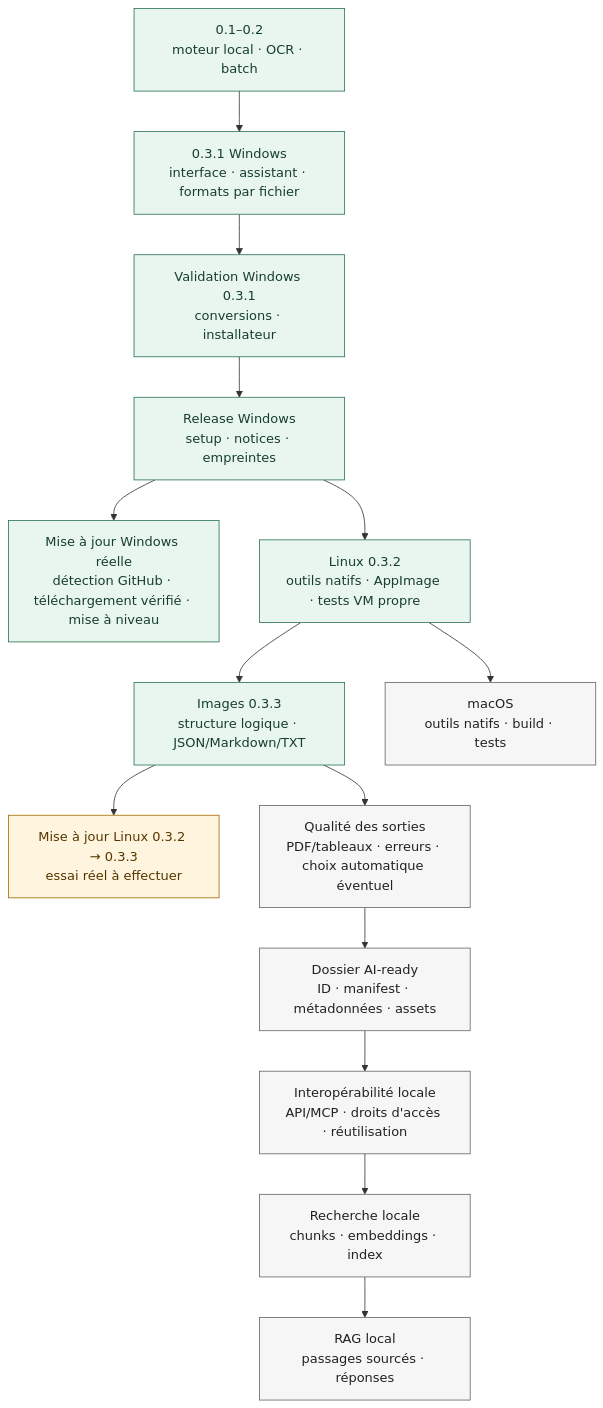
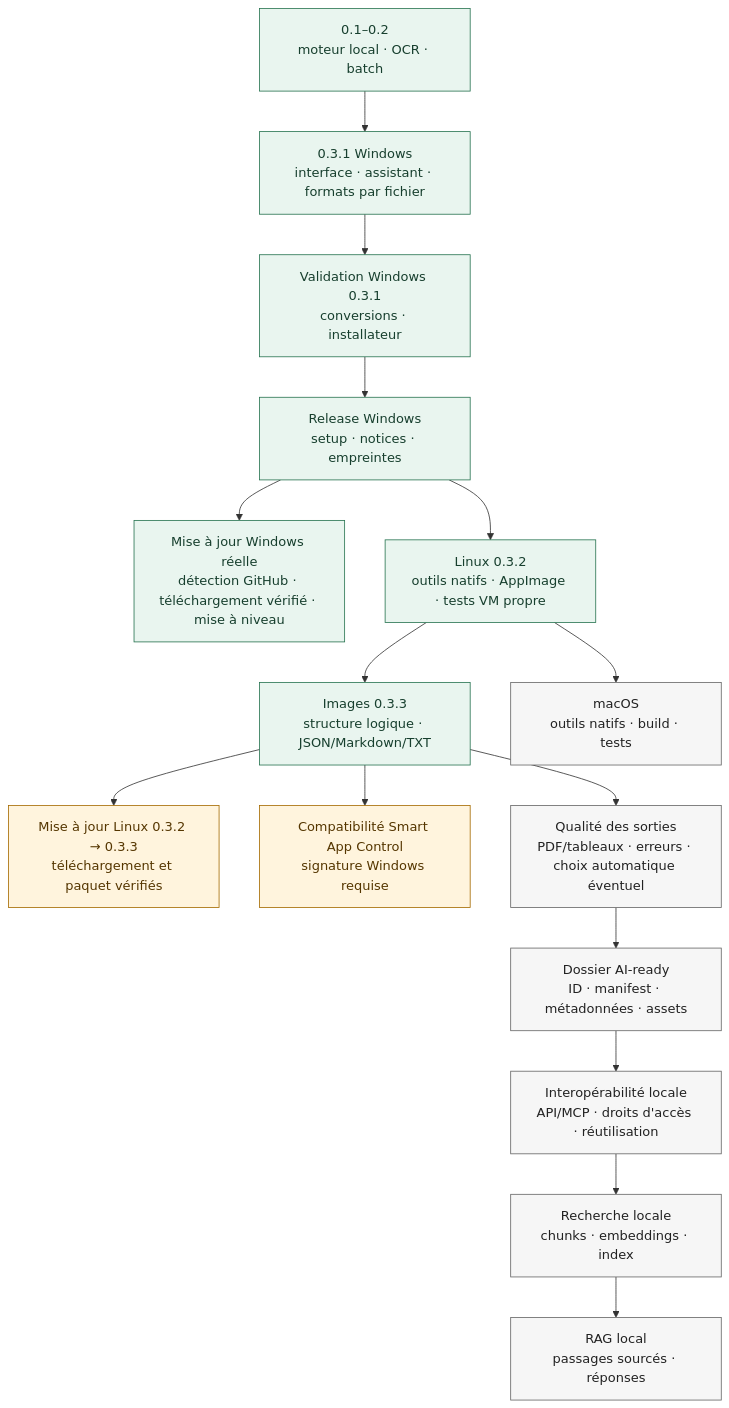
One commit to ergocogn/local-ai-ready-converter-releases changed the diagram in docs/ROADMAP.md. Above: the diagram before and after it, drawn with Mermaid. The commit also changed other lines of this file and 5 other files, not shown here.

````diff
--- a/docs/ROADMAP.md
+++ b/docs/ROADMAP.md
@@ -7,22 +7,23 @@
 ```mermaid
 flowchart TB
   A["0.1–0.2<br/>moteur local · OCR · batch"] --> B["0.3.1 Windows<br/>interface · assistant · formats par fichier"]
   B --> C["Validation Windows 0.3.1<br/>conversions · installateur"]
   C --> D["Release Windows<br/>setup · notices · empreintes"]
   D --> U["Mise à jour Windows réelle<br/>détection GitHub · téléchargement vérifié · mise à niveau"]
 
   D --> L["Linux 0.3.2<br/>outils natifs · AppImage · tests VM propre"] --> S["Images 0.3.3<br/>structure logique · JSON/Markdown/TXT"]
-  S --> UL["Mise à jour Linux 0.3.2 → 0.3.3<br/>essai réel à effectuer"]
+  S --> UL["Mise à jour Linux 0.3.2 → 0.3.3<br/>téléchargement et paquet vérifiés"]
+  S --> W["Compatibilité Smart App Control<br/>signature Windows requise"]
   L --> M["macOS<br/>outils natifs · build · tests"]
   S --> Q["Qualité des sorties<br/>PDF/tableaux · erreurs · choix automatique éventuel"]
   Q --> F["Dossier AI-ready<br/>ID · manifest · métadonnées · assets"]
   F --> P["Interopérabilité locale<br/>API/MCP · droits d'accès · réutilisation"]
   P --> K["Recherche locale<br/>chunks · embeddings · index"] --> R["RAG local<br/>passages sourcés · réponses"]
 
   classDef fait fill:#e9f5ef,stroke:#287451,color:#173f2e
   classDef enCours fill:#fff4dd,stroke:#a56b00,color:#553600
   classDef futur fill:#f6f6f6,stroke:#666,color:#222
   class A,B,C,D,U,L,S fait
-  class UL enCours
+  class UL,W enCours
   class M,Q,F,P,K,R futur
 ```
````
